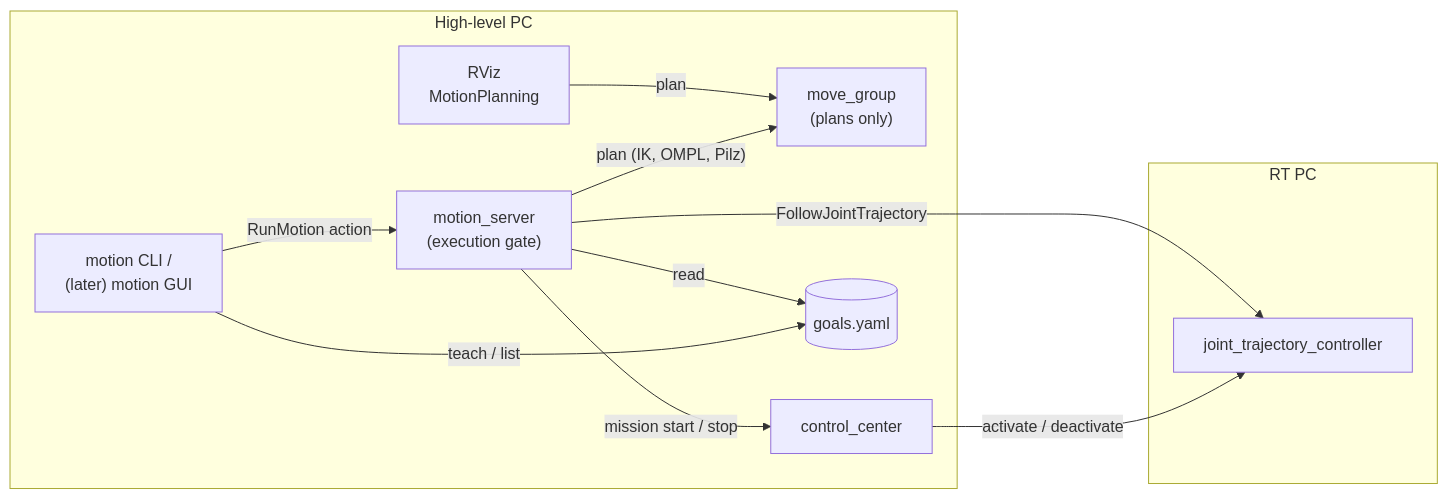
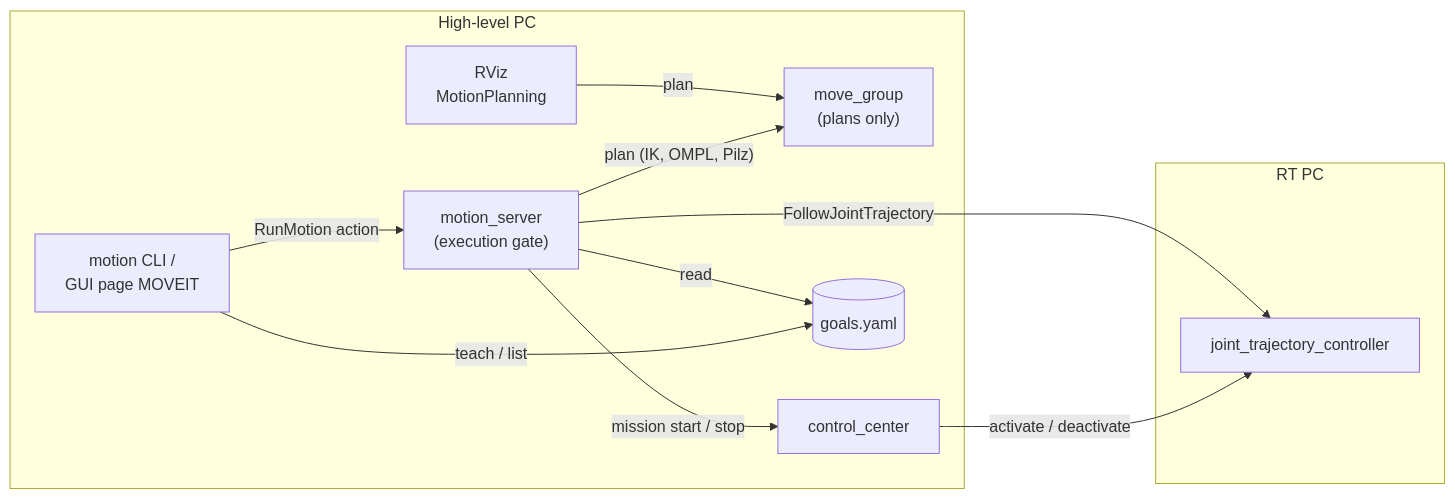
The first of 2 diagrams in src/robotarm_motion/README.md (ruben01egle/robotarm_core), drawn with Mermaid before and after one commit. The commit also changed other lines of this file and 1 other file, not shown here.

Commit message:
Document the GUI MOVEIT page

````diff
--- a/src/robotarm_motion/README.md
+++ b/src/robotarm_motion/README.md
@@ -30,22 +30,22 @@
 ```mermaid
 flowchart LR
     subgraph HL["High-level PC"]
-        CLI["motion CLI /<br/>(later) motion GUI"]
+        CLI["motion CLI /<br/>GUI page MOVEIT"]
         RVIZ["RViz<br/>MotionPlanning"]
         MS["motion_server<br/>(execution gate)"]
         MG["move_group<br/>(plans only)"]
         CC["control_center"]
         GOALS[("goals.yaml")]
     end
     subgraph RT["RT PC"]
         JTC["joint_trajectory_controller"]
     end
     CLI -- "RunMotion action" --> MS
     CLI -- "teach / list" --> GOALS
     MS -- "read" --> GOALS
     MS -- "plan (IK, OMPL, Pilz)" --> MG
     RVIZ -- "plan" --> MG
     MS -- "mission start / stop" --> CC
     CC -- "activate / deactivate" --> JTC
     MS -- "FollowJointTrajectory" --> JTC
 ```
````
